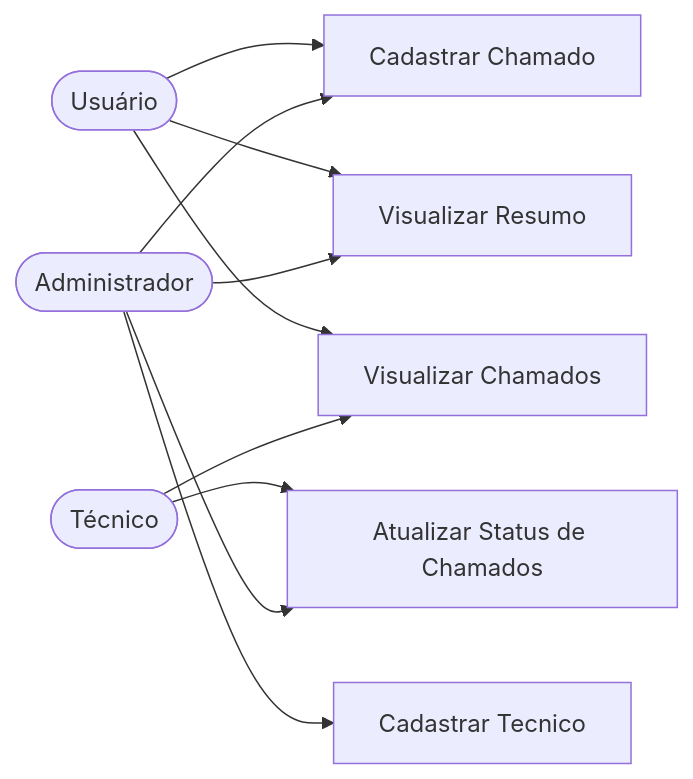
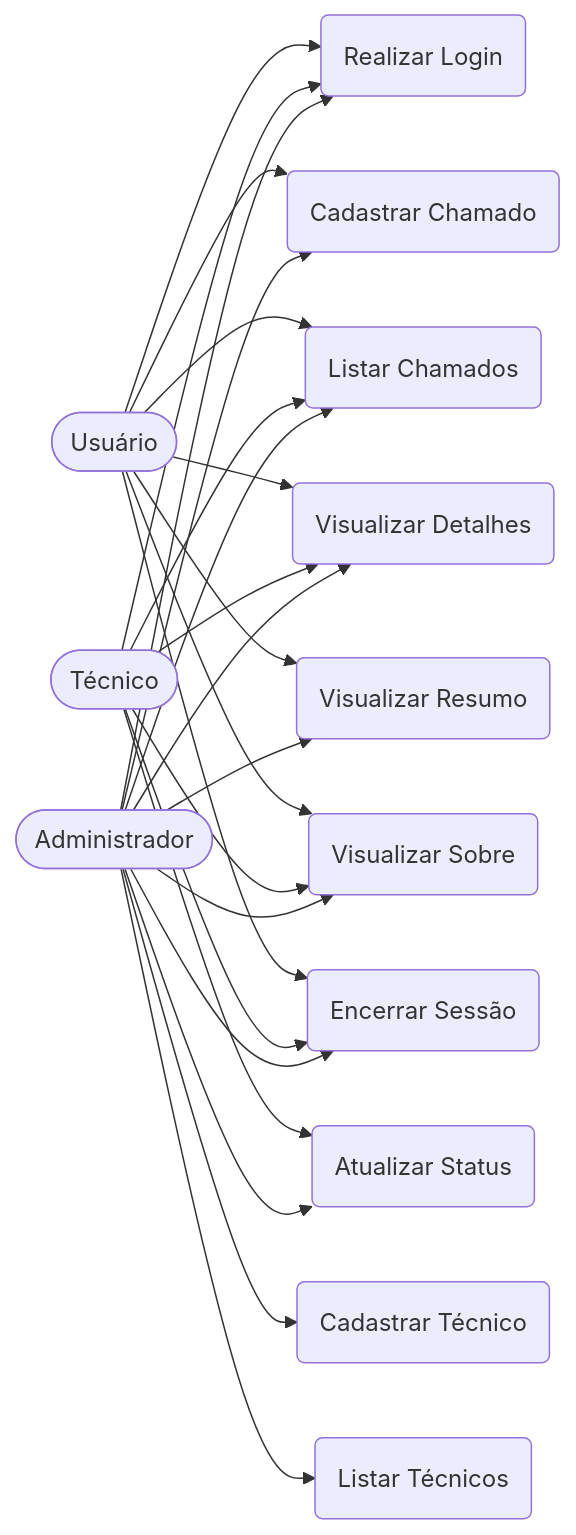
The second of 6 diagrams in README.md (EduardoHenrrykSimonato/portfolio-2-claretiano), drawn with Mermaid before and after one commit. The commit also changed other lines of this file, not shown here.

Commit message:
Melhora diagramas Mermaid do README

````diff
--- a/README.md
+++ b/README.md
@@ -264,14 +288,48 @@
 ```mermaid
 flowchart LR
-    Usuario([Usuário]) --> CC[Cadastrar Chamado]
-    Usuario --> VR[Visualizar Resumo]
-    Usuario --> VC[Visualizar Chamados]
-    
-    Tecnico([Técnico]) --> AS[Atualizar Status de Chamados]
-    Tecnico --> VC
-    
-    Admin([Administrador]) --> CC
-    Admin --> AS
-    Admin --> CT[Cadastrar Tecnico]
-    Admin --> VR
+    %% Atores
+    U([Usuário])
+    T([Técnico])
+    A([Administrador])
+
+    %% Casos de Uso
+    L(Realizar Login)
+    CC(Cadastrar Chamado)
+    LC(Listar Chamados)
+    VD(Visualizar Detalhes)
+    AS(Atualizar Status)
+    CT(Cadastrar Técnico)
+    LT(Listar Técnicos)
+    VR(Visualizar Resumo)
+    SO(Visualizar Sobre)
+    ES(Encerrar Sessão)
+
+    %% Conexões Usuario
+    U --> L
+    U --> CC
+    U --> LC
+    U --> VD
+    U --> VR
+    U --> SO
+    U --> ES
+
+    %% Conexões Tecnico
+    T --> L
+    T --> LC
+    T --> VD
+    T --> AS
+    T --> SO
+    T --> ES
+
+    %% Conexões Admin
+    A --> L
+    A --> CC
+    A --> LC
+    A --> VD
+    A --> AS
+    A --> CT
+    A --> LT
+    A --> VR
+    A --> SO
+    A --> ES
 ```
````
